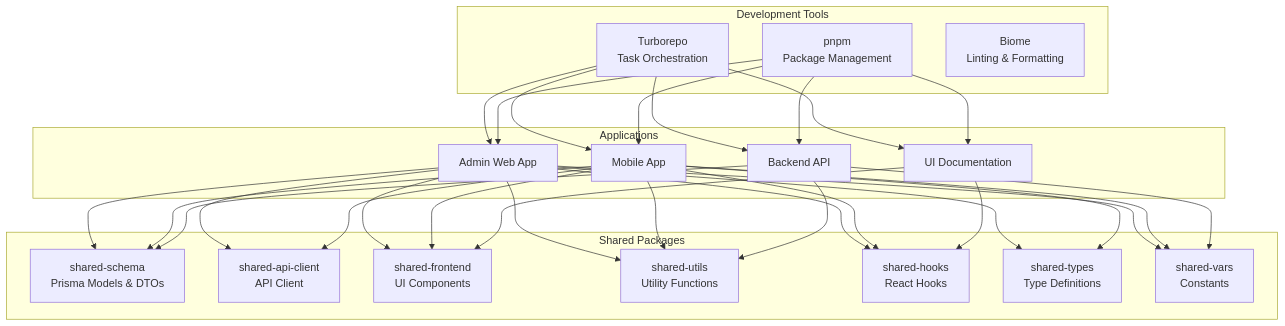
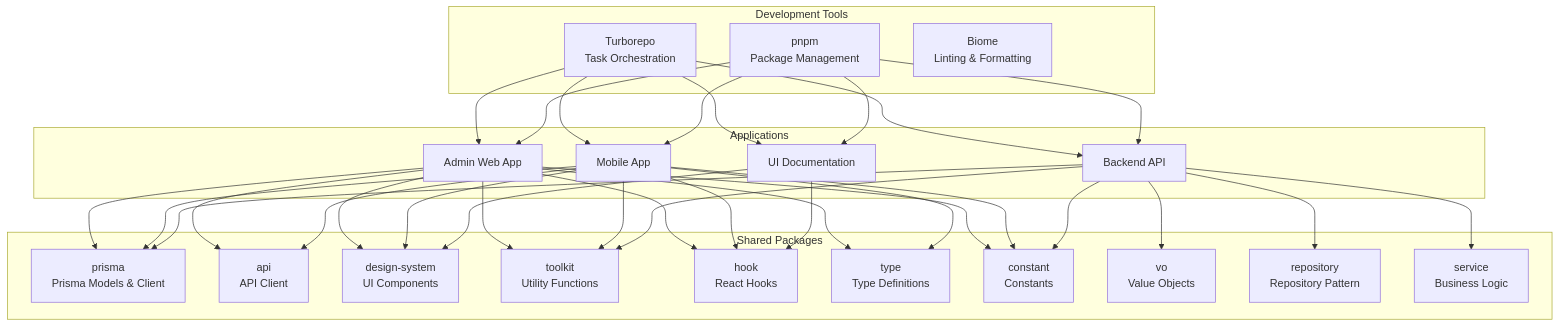
The second of 6 diagrams in .qoder/repowiki/en/content/System Overview/Architecture Overview/Monorepo Architecture/Monorepo Architecture.md (kimjoongwon/prj-core), drawn with Mermaid before and after one commit. The commit also changed other lines of this file and 315 other files, not shown here.

````diff
--- a/.qoder/repowiki/en/content/System Overview/Architecture Overview/Monorepo Architecture/Monorepo Architecture.md
+++ b/.qoder/repowiki/en/content/System Overview/Architecture Overview/Monorepo Architecture/Monorepo Architecture.md
@@ -80,50 +98,56 @@
 ```mermaid
 graph TD
 subgraph "Development Tools"
 Turborepo[Turborepo<br>Task Orchestration]
 Pnpm[pnpm<br>Package Management]
 Biome[Biome<br>Linting & Formatting]
 end
 subgraph "Applications"
 Admin[Admin Web App]
 Mobile[Mobile App]
 Server[Backend API]
 Storybook[UI Documentation]
 end
 subgraph "Shared Packages"
-Schema[shared-schema<br>Prisma Models & DTOs]
-ApiClient[shared-api-client<br>API Client]
-Frontend[shared-frontend<br>UI Components]
-Utils[shared-utils<br>Utility Functions]
-Hooks[shared-hooks<br>React Hooks]
-Types[shared-types<br>Type Definitions]
-Vars[shared-vars<br>Constants]
+Schema[prisma<br>Prisma Models & Client]
+ApiClient[api<br>API Client]
+Frontend[design-system<br>UI Components]
+Utils[toolkit<br>Utility Functions]
+Hooks[hook<br>React Hooks]
+Types[type<br>Type Definitions]
+Vars[constant<br>Constants]
+VO[vo<br>Value Objects]
+Repository[repository<br>Repository Pattern]
+Service[service<br>Business Logic]
 end
 Turborepo --> Admin
 Turborepo --> Mobile
 Turborepo --> Server
 Turborepo --> Storybook
 Pnpm --> Admin
 Pnpm --> Mobile
 Pnpm --> Server
 Pnpm --> Storybook
 Admin --> Schema
 Admin --> ApiClient
 Admin --> Frontend
 Admin --> Utils
 Admin --> Hooks
 Admin --> Types
 Admin --> Vars
 Mobile --> Schema
 Mobile --> ApiClient
 Mobile --> Frontend
 Mobile --> Utils
 Mobile --> Hooks
 Mobile --> Types
 Mobile --> Vars
 Server --> Schema
 Server --> Utils
 Server --> Vars
+Server --> Repository
+Server --> Service
+Server --> VO
 Storybook --> Frontend
 Storybook --> Hooks
 ```
````
